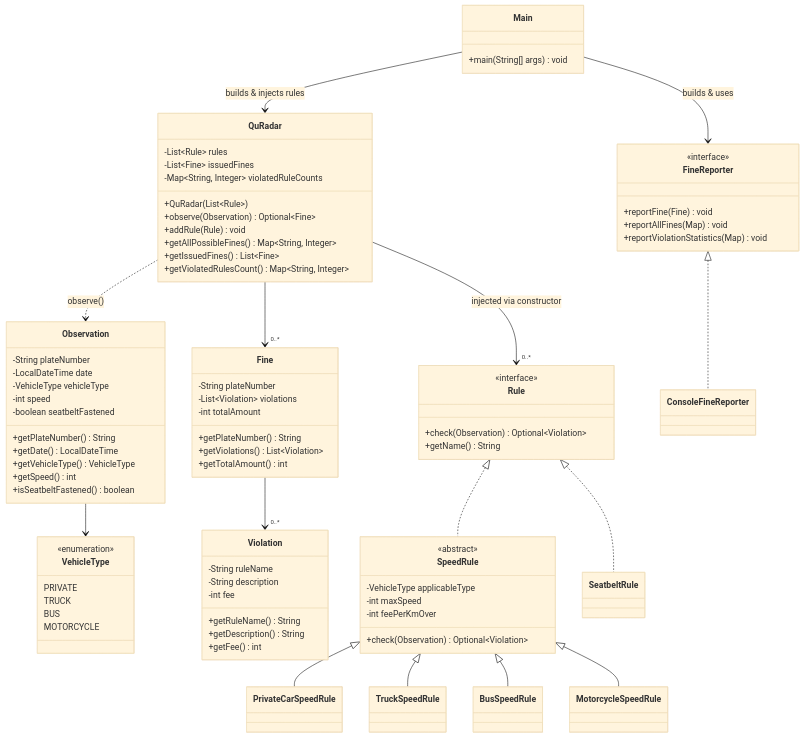
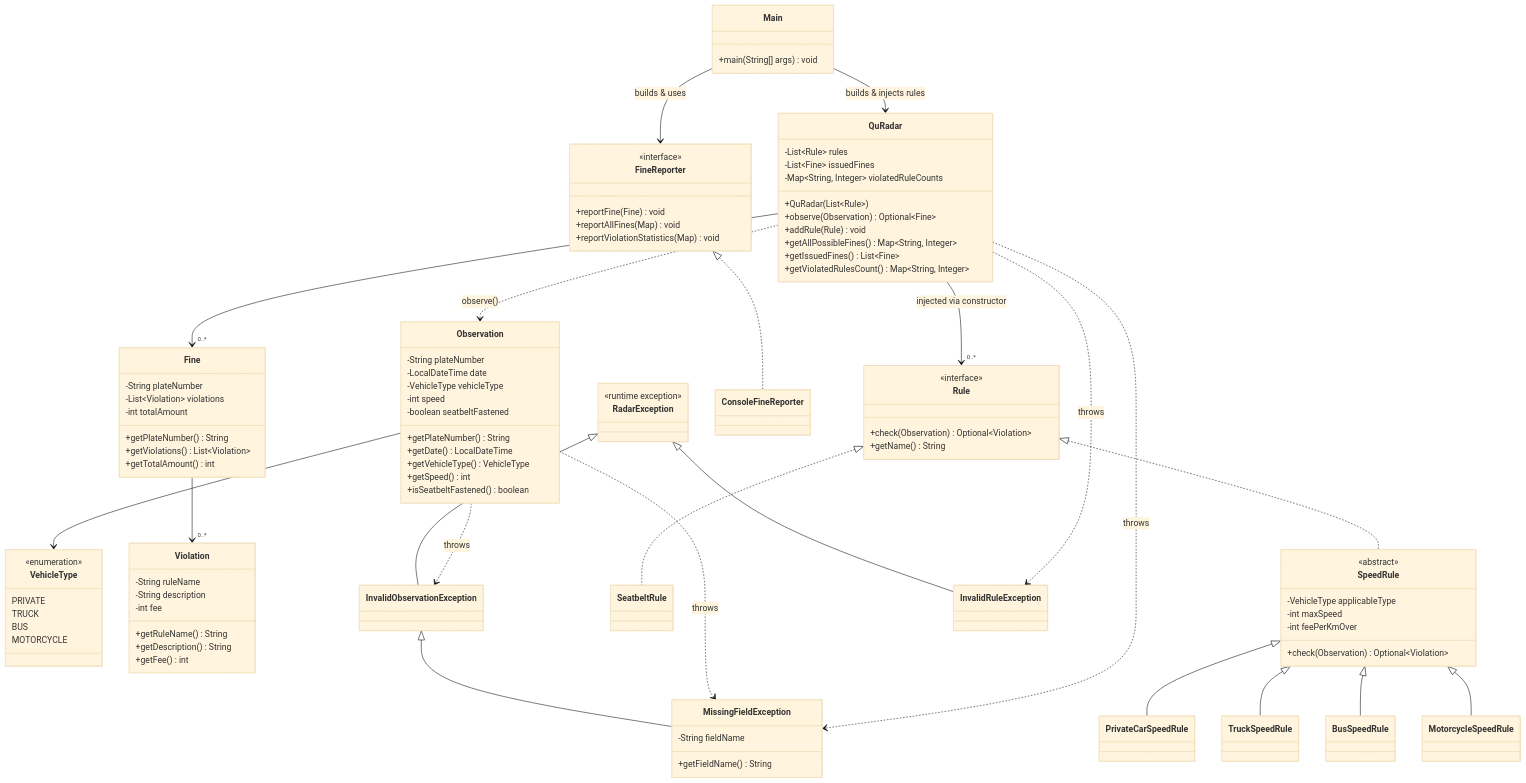
One commit to jananour00/Quantum-Radar changed the first of 2 diagrams in README.md. Above: the diagram before and after it, drawn with Mermaid (base theme). The commit also changed other lines of this file, not shown here.

```diff
--- a/README.md
+++ b/README.md
@@ -227,6 +249,24 @@
         +main(String[] args) void
     }
 
+    class RadarException {
+        <<runtime exception>>
+    }
+    class InvalidObservationException
+    class MissingFieldException {
+        -String fieldName
+        +getFieldName() String
+    }
+    class InvalidRuleException
+
+    RadarException <|-- InvalidObservationException
+    RadarException <|-- InvalidRuleException
+    InvalidObservationException <|-- MissingFieldException
+    Observation ..> InvalidObservationException : throws
+    Observation ..> MissingFieldException : throws
+    QuRadar ..> InvalidRuleException : throws
+    QuRadar ..> MissingFieldException : throws
+
     Rule <|.. SeatbeltRule
     Rule <|.. SpeedRule
     SpeedRule <|-- PrivateCarSpeedRule
```
